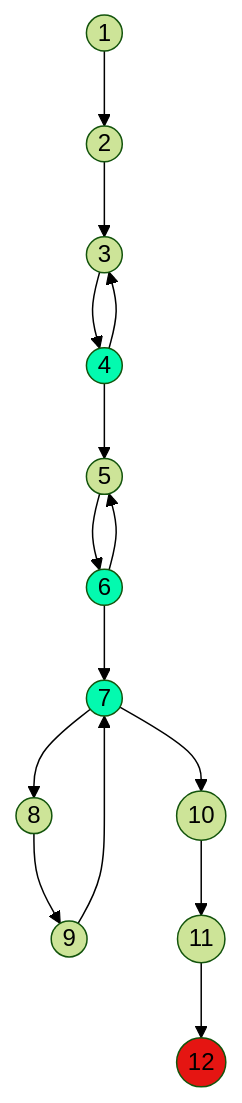
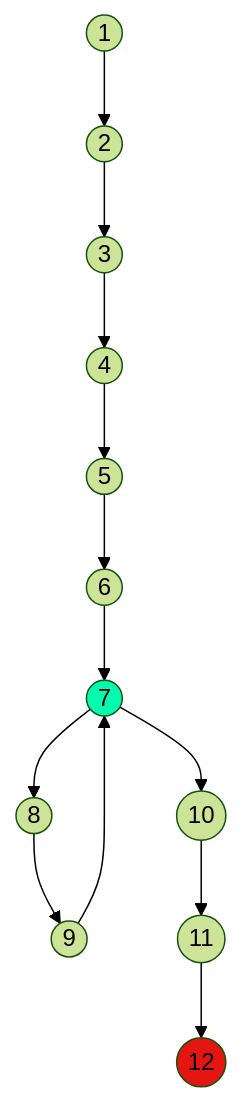
Before and after one commit to Chabok52/TP_8: the diagram in grafos_de_complejidad/ejercicio13_diagrama.md, drawn with Mermaid (forest theme).

Commit message:
Grafo final

````diff
--- a/grafos_de_complejidad/ejercicio13_diagrama.md
+++ b/grafos_de_complejidad/ejercicio13_diagrama.md
@@ -4,21 +4,17 @@
 ```mermaid
 flowchart TD
     A((1)) --> B((2))
     B --> C((3))
     C --> D((4))
-    style D fill:#03FAAF,color:#000000
-    D --> C
     D --> E((5))
     E --> F((6))
-    style F fill:#03FAAF,color:#000000
-    F --> E
     F --> G((7))
     style G fill:#03FAAF,color:#000000
     G --> H((8))
     H --> I((9))
     I --> G
     G --> J((10))
     J --> K((11))
     K --> L((12))
     style L fill:#E51512,color:#fffff
 ```
````
